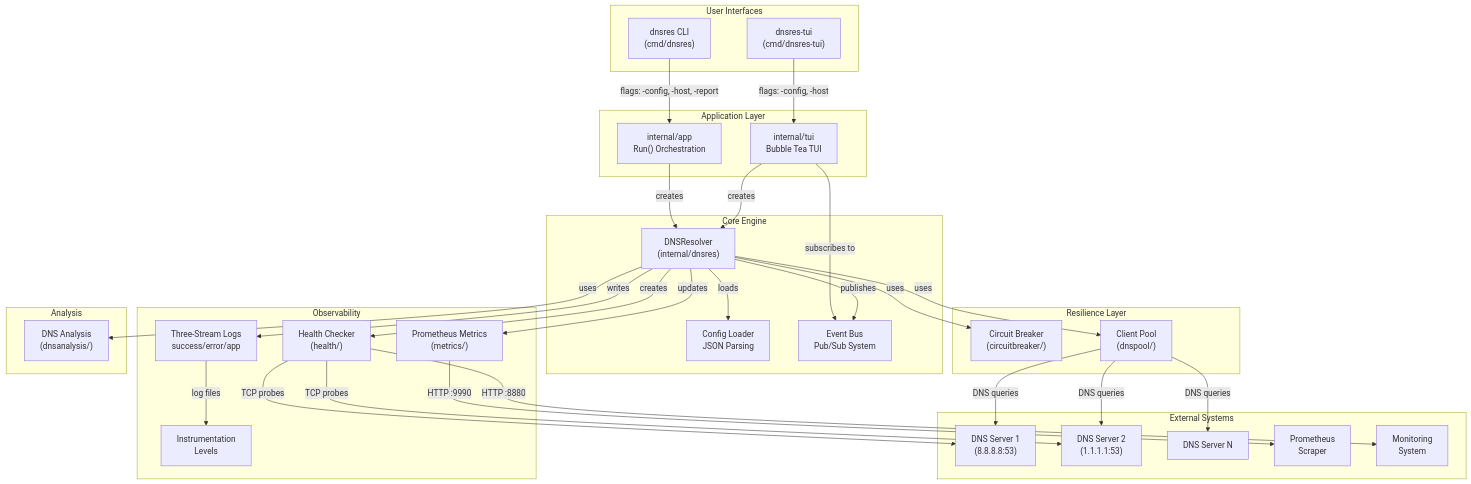
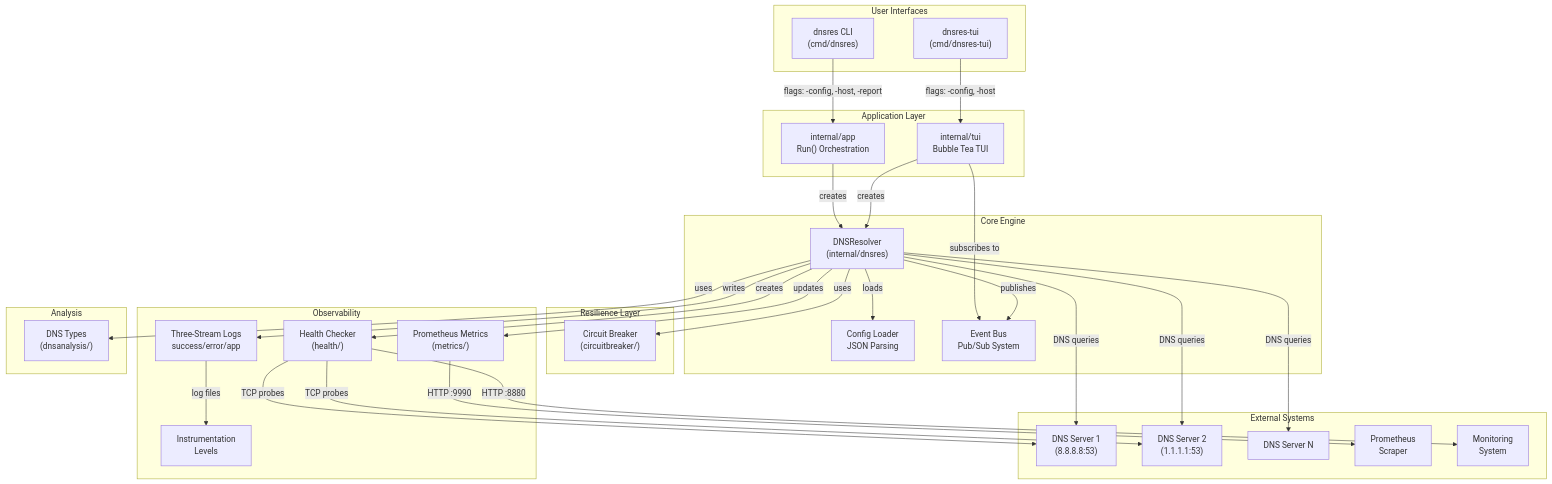
Before and after one commit to mikesale/dnsres: the first of 6 diagrams in PROJECT_MAP.md, drawn with Mermaid. The commit also changed other lines of this file and 11 other files, not shown here.

````diff
--- a/PROJECT_MAP.md
+++ b/PROJECT_MAP.md
@@ -24,70 +24,68 @@
 ```mermaid
 graph TD
     subgraph "User Interfaces"
         CLI["dnsres CLI<br/>(cmd/dnsres)"]
         TUI["dnsres-tui<br/>(cmd/dnsres-tui)"]
     end
 
     subgraph "Application Layer"
         APP["internal/app<br/>Run() Orchestration"]
         TUIRUN["internal/tui<br/>Bubble Tea TUI"]
     end
 
     subgraph "Core Engine"
         RESOLVER["DNSResolver<br/>(internal/dnsres)"]
         CONFIG["Config Loader<br/>JSON Parsing"]
         EVENTS["Event Bus<br/>Pub/Sub System"]
     end
 
     subgraph "Resilience Layer"
         CB["Circuit Breaker<br/>(circuitbreaker/)"]
-        POOL["Client Pool<br/>(dnspool/)"]
     end
 
     subgraph "Observability"
         METRICS["Prometheus Metrics<br/>(metrics/)"]
         HEALTH["Health Checker<br/>(health/)"]
         LOGS["Three-Stream Logs<br/>success/error/app"]
         INSTR["Instrumentation<br/>Levels"]
     end
 
     subgraph "Analysis"
-        ANALYSIS["DNS Analysis<br/>(dnsanalysis/)"]
+        ANALYSIS["DNS Types<br/>(dnsanalysis/)"]
     end
 
     subgraph "External Systems"
         DNS1["DNS Server 1<br/>(8.8.8.8:53)"]
         DNS2["DNS Server 2<br/>(1.1.1.1:53)"]
         DNSN["DNS Server N"]
         PROM["Prometheus<br/>Scraper"]
         MONITOR["Monitoring<br/>System"]
     end
 
     CLI -->|"flags: -config, -host, -report"| APP
     TUI -->|"flags: -config, -host"| TUIRUN
     
     APP -->|"creates"| RESOLVER
     TUIRUN -->|"creates"| RESOLVER
     TUIRUN -->|"subscribes to"| EVENTS
     
     RESOLVER -->|"loads"| CONFIG
     RESOLVER -->|"publishes"| EVENTS
     RESOLVER -->|"uses"| CB
-    RESOLVER -->|"uses"| POOL
     RESOLVER -->|"uses"| ANALYSIS
     RESOLVER -->|"updates"| METRICS
     RESOLVER -->|"writes"| LOGS
     RESOLVER -->|"creates"| HEALTH
     
-    POOL -->|"DNS queries"| DNS1
-    POOL -->|"DNS queries"| DNS2
-    POOL -->|"DNS queries"| DNSN
+    RESOLVER -->|"DNS queries"| DNS1
+    RESOLVER -->|"DNS queries"| DNS2
+    RESOLVER -->|"DNS queries"| DNSN
     
     HEALTH -->|"TCP probes"| DNS1
     HEALTH -->|"TCP probes"| DNS2
     
     HEALTH -->|"HTTP :8880"| MONITOR
     METRICS -->|"HTTP :9990"| PROM
     
     LOGS -->|"log files"| INSTR
 ```
````
